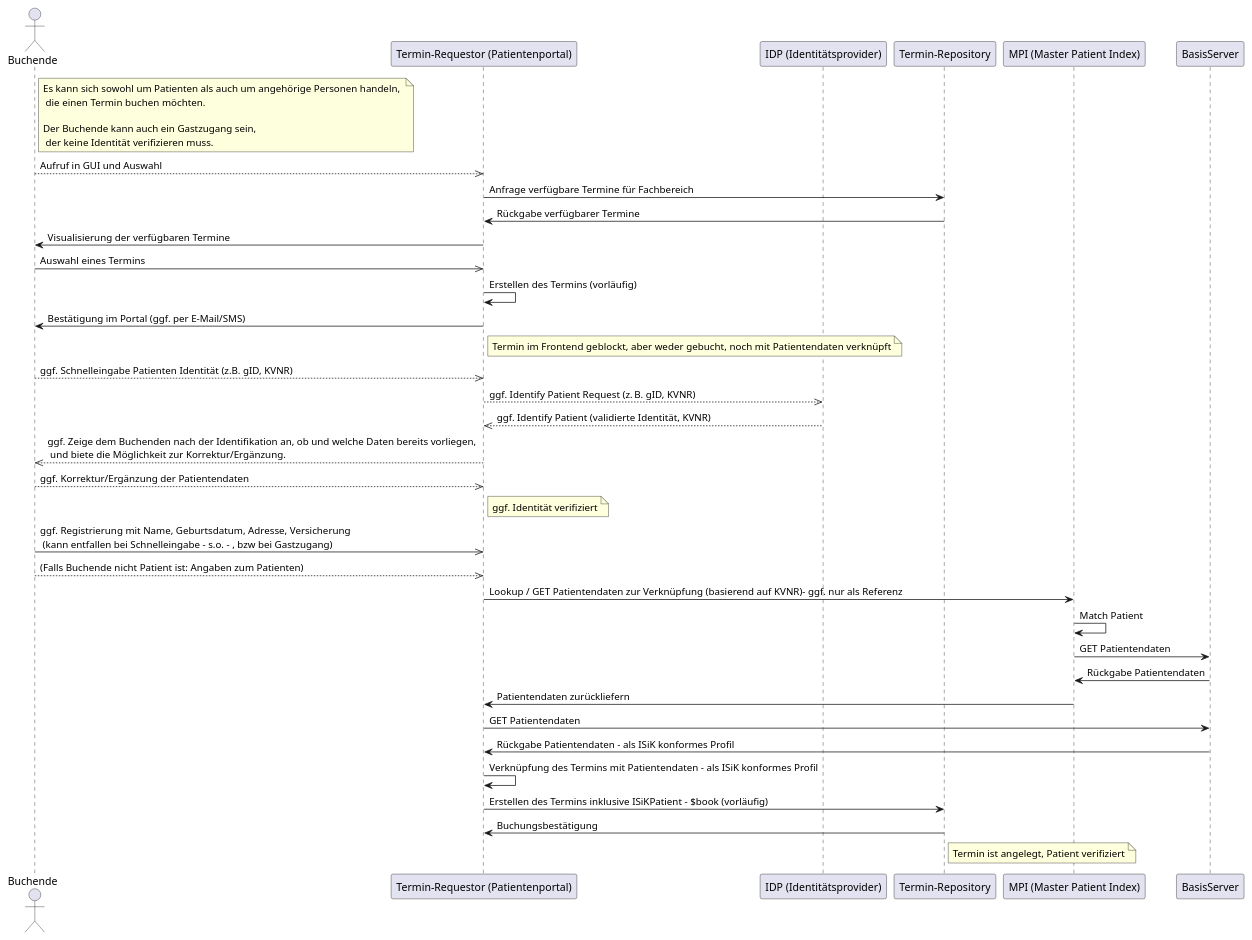
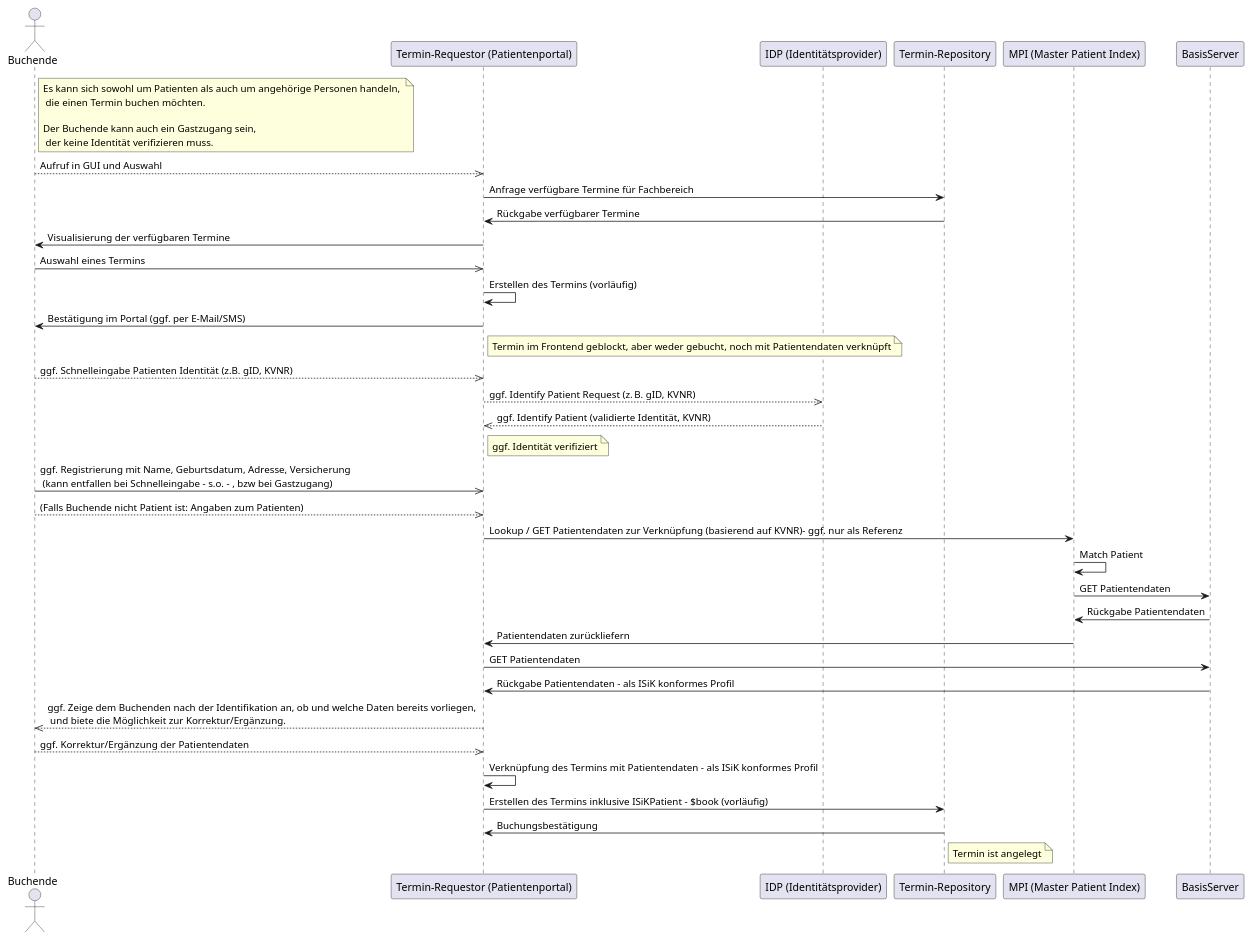
One commit to gematik/spec-ISiK-Basismodul changed the diagram in Material/Terminplanung/images/diagrams/identitaetsnachweis-sequenz.puml. Above: the diagram before and after it, drawn with PlantUML.

Commit message:
update order

```diff
--- a/Material/Terminplanung/images/diagrams/identitaetsnachweis-sequenz.puml
+++ b/Material/Terminplanung/images/diagrams/identitaetsnachweis-sequenz.puml
@@ -1,55 +1,55 @@
 @startuml
 
 actor Buchende
 participant "Termin-Requestor (Patientenportal)" as TR
 participant "IDP (Identitätsprovider)" as IDP
 participant "Termin-Repository" as TRP
 participant "MPI (Master Patient Index)" as MPI
 participant "BasisServer" as BS
 
 Note right of Buchende: Es kann sich sowohl um Patienten als auch um angehörige Personen handeln, \n die einen Termin buchen möchten. \n\nDer Buchende kann auch ein Gastzugang sein, \n der keine Identität verifizieren muss.
 
 Buchende-->>TR: Aufruf in GUI und Auswahl
 TR -> TRP: Anfrage verfügbare Termine für Fachbereich
 TRP -> TR: Rückgabe verfügbarer Termine
 
 TR -> Buchende: Visualisierung der verfügbaren Termine
 
 Buchende->>TR: Auswahl eines Termins
 
 TR -> TR: Erstellen des Termins (vorläufig)
 TR -> Buchende: Bestätigung im Portal (ggf. per E-Mail/SMS)
 Note right of TR: Termin im Frontend geblockt, aber weder gebucht,  noch mit Patientendaten verknüpft
 
 Buchende-->>TR: ggf. Schnelleingabe Patienten Identität (z.B. gID, KVNR)
 TR-->>IDP: ggf. Identify Patient Request (z. B. gID, KVNR)
 IDP-->>TR: ggf. Identify Patient (validierte Identität, KVNR)
-
-TR-->>Buchende: ggf. Zeige dem Buchenden nach der Identifikation an, ob und welche Daten bereits vorliegen, \n und biete die Möglichkeit zur Korrektur/Ergänzung.
-Buchende-->>TR: ggf. Korrektur/Ergänzung der Patientendaten
 Note right of TR: ggf. Identität verifiziert
 
 Buchende->>TR: ggf. Registrierung mit Name, Geburtsdatum, Adresse, Versicherung \n (kann entfallen bei Schnelleingabe - s.o. - , bzw bei Gastzugang)
 Buchende-->>TR: (Falls Buchende nicht Patient ist: Angaben zum Patienten)
 
 TR -> MPI: Lookup / GET Patientendaten zur Verknüpfung (basierend auf KVNR)- ggf. nur als Referenz
 MPI -> MPI: Match Patient
 MPI -> BS: GET Patientendaten
 BS -> MPI: Rückgabe Patientendaten
 MPI -> TR: Patientendaten zurückliefern
 
 TR -> BS: GET Patientendaten 
 BS -> TR: Rückgabe Patientendaten - als ISiK konformes Profil
 
+TR-->>Buchende: ggf. Zeige dem Buchenden nach der Identifikation an, ob und welche Daten bereits vorliegen, \n und biete die Möglichkeit zur Korrektur/Ergänzung.
+Buchende-->>TR: ggf. Korrektur/Ergänzung der Patientendaten
+
 TR -> TR: Verknüpfung des Termins mit Patientendaten - als ISiK konformes Profil
 
 TR -> TRP: Erstellen des Termins inklusive ISiKPatient - $book (vorläufig)
 
 TRP -> TR: Buchungsbestätigung
 
-note right of TRP: Termin ist angelegt, Patient verifiziert
+note right of TRP: Termin ist angelegt
 
 
 
 
 @enduml
```
